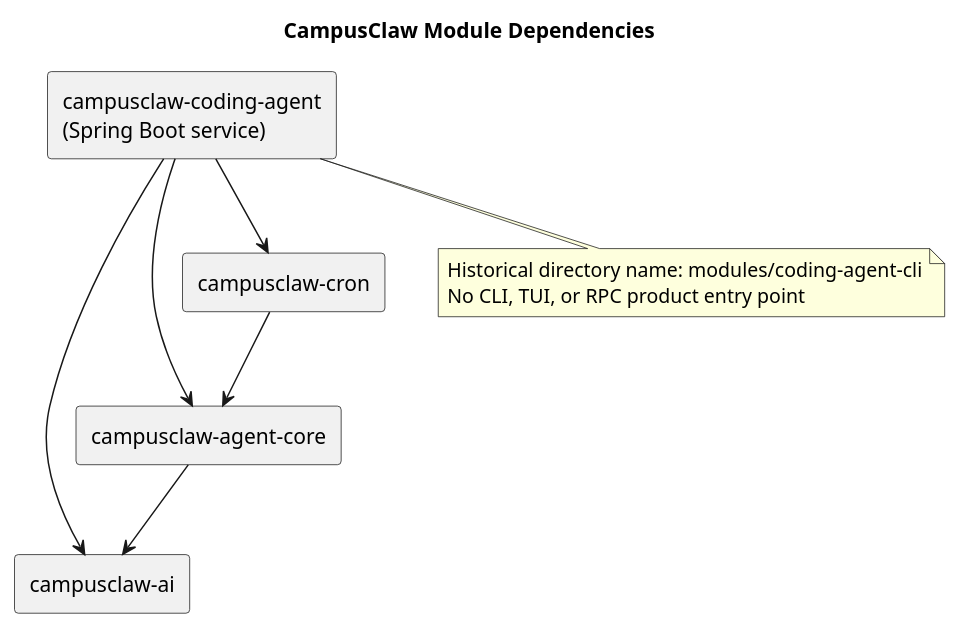
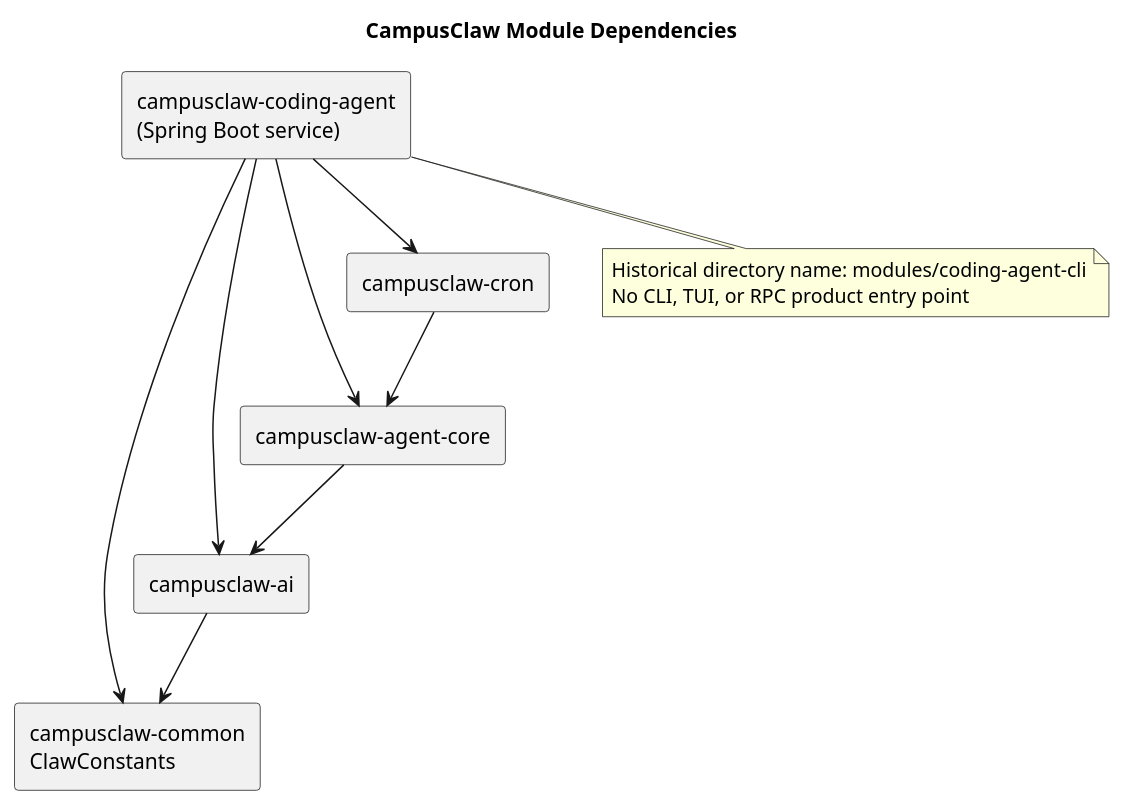
The diagram in docs/module-architecture/diagram.puml (2862282695gjh-afk/pi-mono-java), drawn with PlantUML before and after one commit. The commit also changed 90 other files, not shown here.

Commit message:
refactor(common): 将共享常量集中到 ClawConstants

```diff
--- a/docs/module-architecture/diagram.puml
+++ b/docs/module-architecture/diagram.puml
@@ -1,29 +1,36 @@
 @startuml module_dependencies
 ' Source evidence:
 ' pom.xml: modules and dependencyManagement
 ' modules/agent-core/pom.xml: campusclaw-ai dependency
 ' modules/cron/pom.xml: campusclaw-agent-core dependency
 ' modules/coding-agent-cli/pom.xml: application dependencies
-' Observed behavior: the Maven reactor contains four Java modules.
+' Source baseline: ee3fdb4893228045f06b9b1d1b3b3bb505812c73.
+' Observed behavior: the baseline Maven reactor contains four Java modules.
+' Target architecture: add modules/common and common/constant/ClawConstants.java.
+' Source evidence: modules/ai/src/main/java/com/campusclaw/ai/utils/CampusClawHome.java baseDir.
+' Architecture reason: direct consumers depend on common without reversing the business dependency graph.
 ' Design reason: CampusClaw is a service product; CLI and TUI are removed.
 title CampusClaw Module Dependencies
 
 skinparam componentStyle rectangle
 skinparam shadowing false
 
+component "campusclaw-common\nClawConstants" as Common
 component "campusclaw-ai" as AI
 component "campusclaw-agent-core" as Core
 component "campusclaw-cron" as Cron
 component "campusclaw-coding-agent\n(Spring Boot service)" as App
 
+AI --> Common
+App --> Common
 Core --> AI
 Cron --> Core
 App --> AI
 App --> Core
 App --> Cron
 
 note bottom of App
 Historical directory name: modules/coding-agent-cli
 No CLI, TUI, or RPC product entry point
 end note
 @enduml
```
